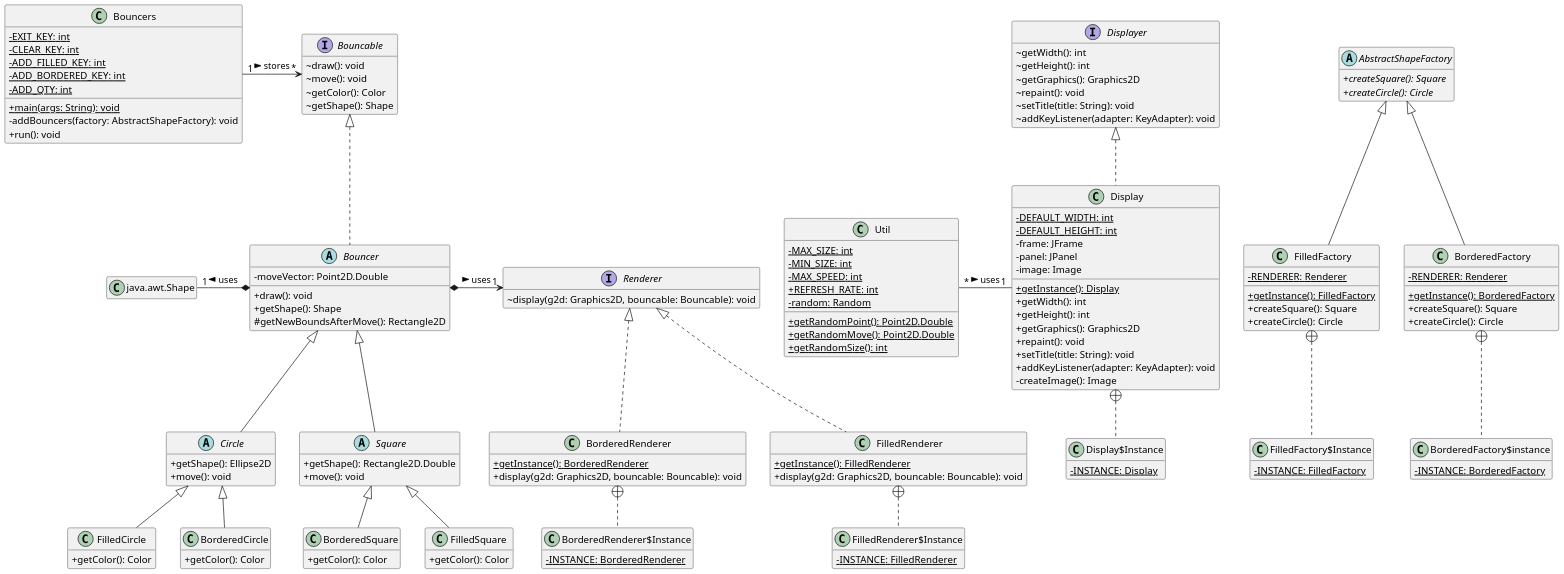
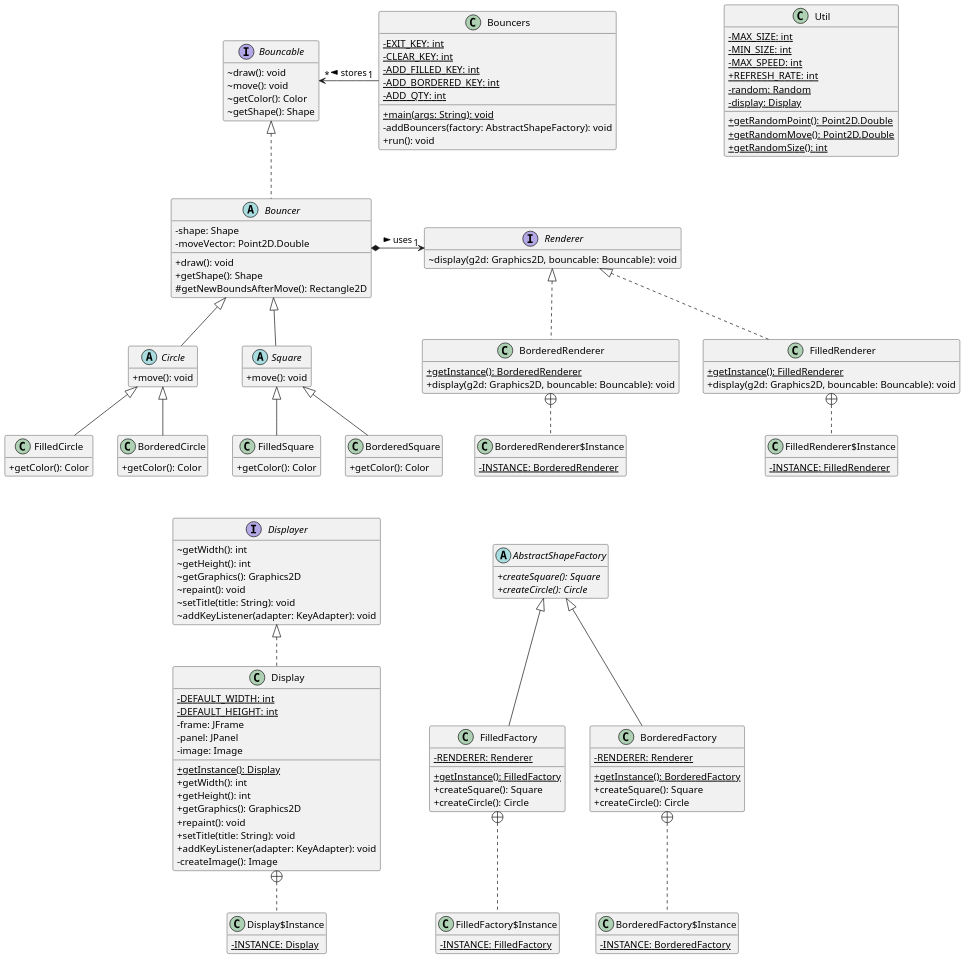
One commit to DrC0okie/HEIG_MCR_Labo2 changed the diagram in diagram.puml. Above: the diagram before and after it, drawn with PlantUML. The commit also changed 2 other files, not shown here.

Commit message:
Probably final uml version

```diff
--- a/diagram.puml
+++ b/diagram.puml
@@ -9,34 +9,29 @@
 set separator none
 scale 1.5
 
-'Missing external classes
-'TODO: really useful ?
-class java.awt.Shape
-
 ' Missing associations
-Bouncers "1"->"*" Bouncable: stores >
-Bouncer *-left-"1" java.awt.Shape: uses >
-Util "*"-"1" Display: uses >
+Bouncers "1"-left->"*" Bouncable: stores >
 Bouncer *->"1" Renderer: uses >
 'TODO: should renderer be represented in AbstractShapeFactory ?
 
+' Hidden links to arrange the 3 blocks
+BorderedRenderer$Instance .[hidden]. AbstractShapeFactory
+Displayer -[hidden]up- FilledSquare
+
 ' Post operations
 ' REMOVE
-'TODO: c'est static est-ce qu'il faut vraiment le retirer ?
+
+
+'for Bouncers
 ' .*bouncers: .*<Bouncable>
-' - shape: Shape\n
-
-'TODO: c'est static est-ce qu'il faut vraiment le retirer ?
-' .*display: Display\n
-' .*instance: Display\n
-
-'for bouncer
+'for Bouncer
 ' - renderer: Renderer
 
 ' ENDSTATIC
 
 abstract class Bouncer {
 
+- shape: Shape
 - moveVector: Point2D.Double
 + draw(): void
 + getShape(): Shape
@@ -64,7 +59,7 @@
 }
 
 
-class BorderedFactory$instance {
+class BorderedFactory$Instance {
 - {static} INSTANCE: BorderedFactory
 }
 
@@ -113,7 +108,6 @@
 }
 
 abstract class Circle {
-+ getShape(): Ellipse2D
 + move(): void
 }
 
@@ -169,7 +163,6 @@
 }
 
 abstract class Square {
-+ getShape(): Rectangle2D.Double
 + move(): void
 }
 
@@ -179,6 +172,7 @@
 - {static} MAX_SPEED: int
 + {static} REFRESH_RATE: int
 - {static} random: Random
+- {static} display: Display
 + {static} getRandomPoint(): Point2D.Double
 + {static} getRandomMove(): Point2D.Double
 + {static} getRandomSize(): int
@@ -191,7 +185,7 @@
 AbstractShapeFactory <|-- FilledFactory
 FilledFactory +.. FilledFactory$Instance
 AbstractShapeFactory <|-- BorderedFactory
-BorderedFactory +.. BorderedFactory$instance
+BorderedFactory +.. BorderedFactory$Instance
 Square <|-- BorderedSquare
 Circle <|-- FilledCircle
 Renderer <|.. BorderedRenderer
```
